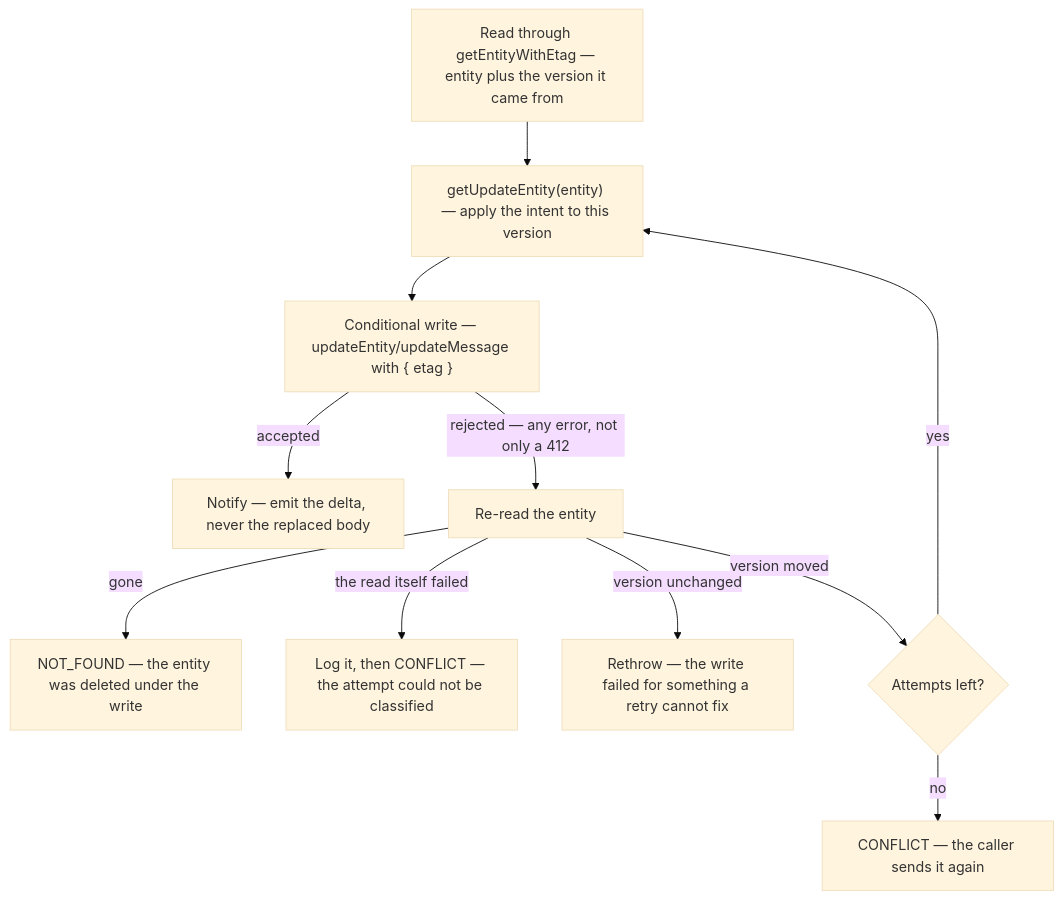
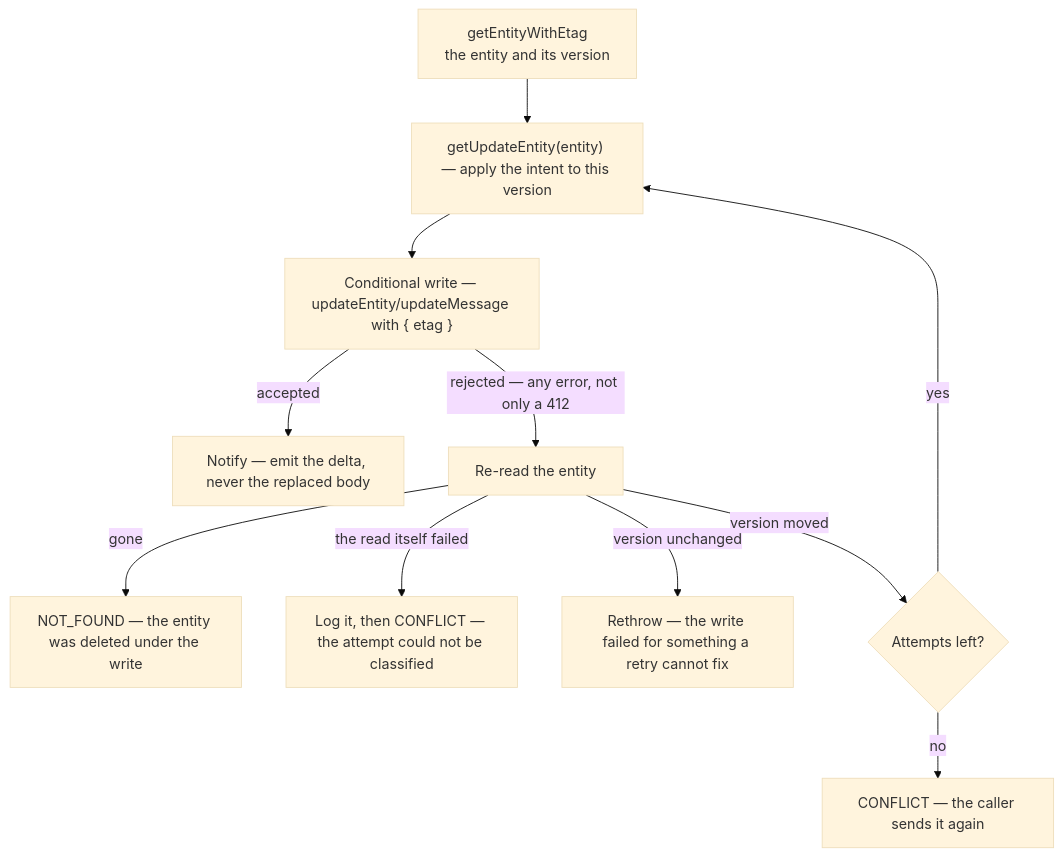
Before and after one commit to Esposter/Esposter: the diagram in openspec/specs/architecture/conditional-writes/design.md, drawn with Mermaid (base theme). The commit also changed 7 other files, not shown here.

````diff
--- a/openspec/specs/architecture/conditional-writes/design.md
+++ b/openspec/specs/architecture/conditional-writes/design.md
@@ -25,13 +25,13 @@
 ```mermaid
 flowchart TD
-  R["Read through getEntityWithEtag — entity plus the version it came from"] --> D["getUpdateEntity(entity) — apply the intent to this version"]
+  R["getEntityWithEtag<br/>the entity and its version"] --> D["getUpdateEntity(entity) — apply the intent to this version"]
   D --> W["Conditional write — updateEntity/updateMessage with { etag }"]
   W -->|"accepted"| N["Notify — emit the delta, never the replaced body"]
   W -->|"rejected — any error, not only a 412"| RR["Re-read the entity"]
   RR -->|"gone"| NF["NOT_FOUND — the entity was deleted under the write"]
   RR -->|"the read itself failed"| RF["Log it, then CONFLICT — the attempt could not be classified"]
   RR -->|"version unchanged"| PE["Rethrow — the write failed for something a retry cannot fix"]
   RR -->|"version moved"| B{"Attempts left?"}
   B -->|"yes"| D
   B -->|"no"| C["CONFLICT — the caller sends it again"]
 ```
````
